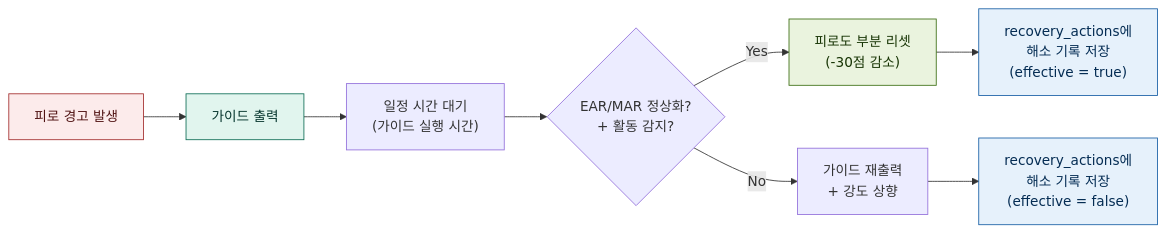
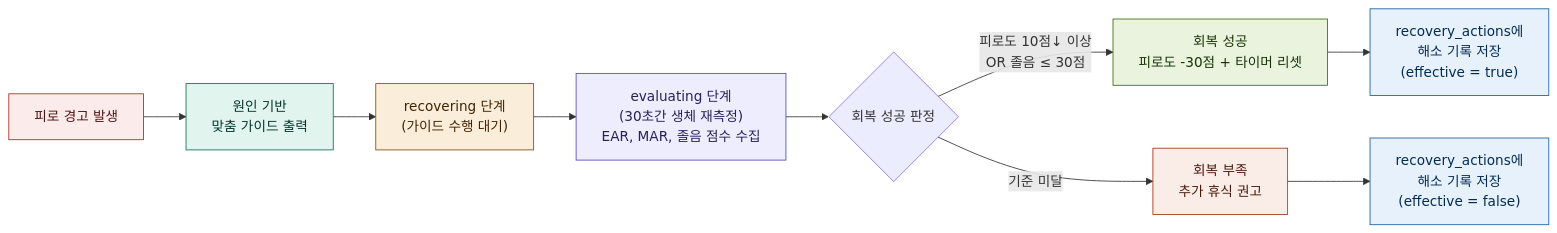
Before and after one commit to pgh165/capstone: the seventh of 11 diagrams in project.md, drawn with Mermaid. The commit also changed other lines of this file and 6 other files, not shown here.

````diff
--- a/project.md
+++ b/project.md
@@ -514,16 +582,20 @@
 ```mermaid
 flowchart LR
-    ALERT["피로 경고 발생"] --> GUIDE["가이드 출력"]
-    GUIDE --> WAIT["일정 시간 대기<br/>(가이드 실행 시간)"]
-    WAIT --> CHECK{"EAR/MAR 정상화?<br/>+ 활동 감지?"}
-    CHECK -- Yes --> RESET["피로도 부분 리셋<br/>(-30점 감소)"]
-    CHECK -- No --> REPEAT["가이드 재출력<br/>+ 강도 상향"]
-    RESET --> LOG["recovery_actions에<br/>해소 기록 저장<br/>(effective = true)"]
-    REPEAT --> LOG2["recovery_actions에<br/>해소 기록 저장<br/>(effective = false)"]
+    ALERT["피로 경고 발생"] --> GUIDE["원인 기반<br/>맞춤 가이드 출력"]
+    GUIDE --> RECOVER["recovering 단계<br/>(가이드 수행 대기)"]
+    RECOVER --> EVAL["evaluating 단계<br/>(30초간 생체 재측정)<br/>EAR, MAR, 졸음 점수 수집"]
+    EVAL --> JUDGE{"회복 성공 판정"}
+    JUDGE -- "피로도 10점↓ 이상<br/>OR 졸음 ≤ 30점" --> SUCCESS["회복 성공<br/>피로도 -30점 + 타이머 리셋"]
+    JUDGE -- "기준 미달" --> FAIL["회복 부족<br/>추가 휴식 권고"]
+    SUCCESS --> LOG["recovery_actions에<br/>해소 기록 저장<br/>(effective = true)"]
+    FAIL --> LOG2["recovery_actions에<br/>해소 기록 저장<br/>(effective = false)"]
 
     style ALERT fill:#FCEBEB,stroke:#A32D2D,color:#501313
     style GUIDE fill:#E1F5EE,stroke:#0F6E56,color:#04342C
-    style RESET fill:#EAF3DE,stroke:#3B6D11,color:#173404
+    style RECOVER fill:#FAEEDA,stroke:#854F0B,color:#412402
+    style EVAL fill:#EEEDFE,stroke:#534AB7,color:#26215C
+    style SUCCESS fill:#EAF3DE,stroke:#3B6D11,color:#173404
+    style FAIL fill:#FAECE7,stroke:#993C1D,color:#4A1B0C
     style LOG fill:#E6F1FB,stroke:#185FA5,color:#042C53
     style LOG2 fill:#E6F1FB,stroke:#185FA5,color:#042C53
 ```
````
